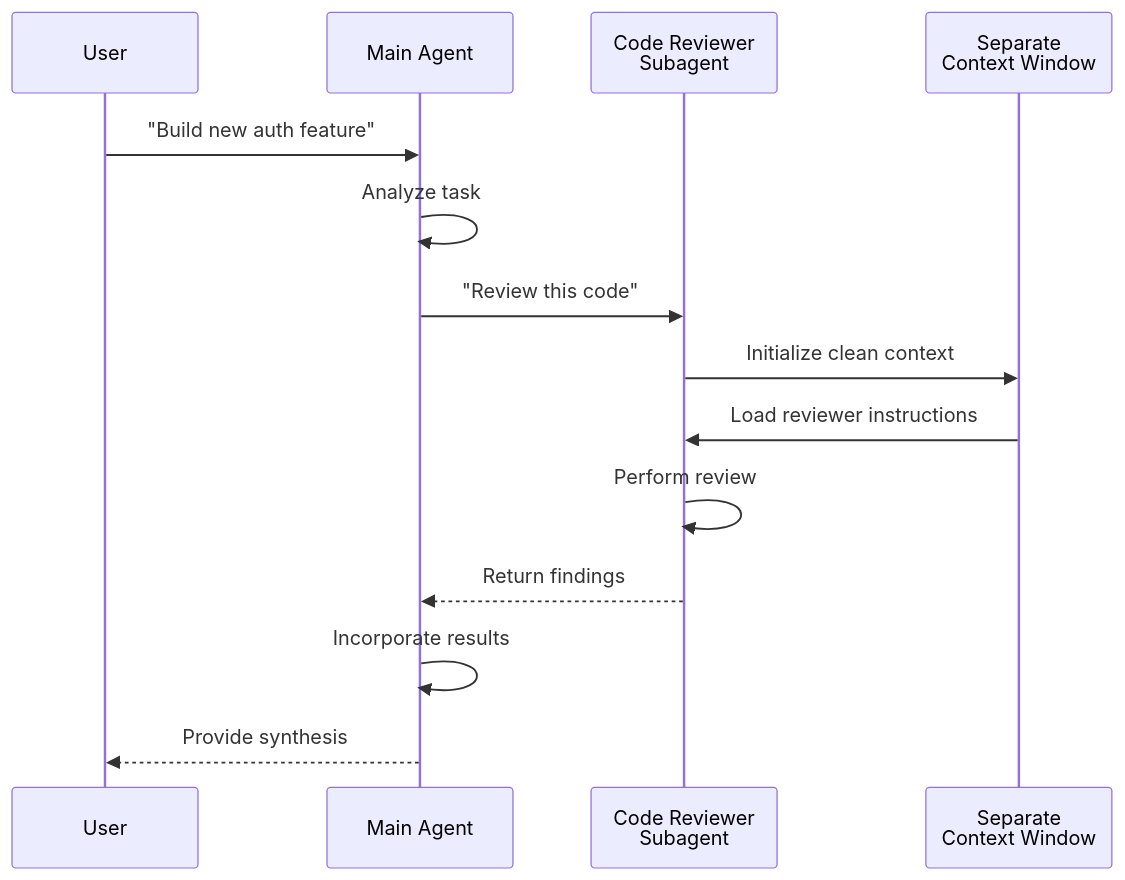
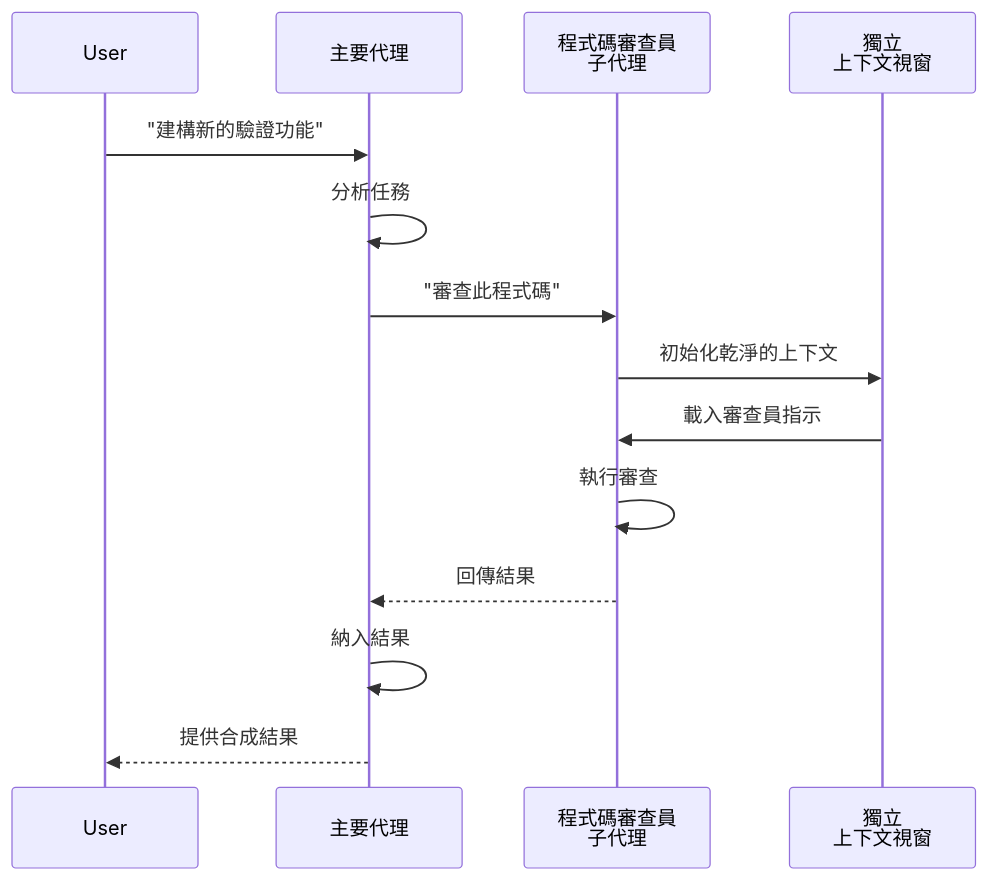
One commit to huckly/claude-howto-zh-tw changed the fifth of 7 diagrams in 04-subagents/README.md. Above: the diagram before and after it, drawn with Mermaid. The commit also changed other lines of this file and 9 other files, not shown here.

````diff
--- a/04-subagents/README.md
+++ b/04-subagents/README.md
@@ -768,17 +743,17 @@
 ```mermaid
 sequenceDiagram
     participant User
-    participant MainAgent as Main Agent
-    participant CodeReviewer as Code Reviewer<br/>Subagent
-    participant Context as Separate<br/>Context Window
+    participant MainAgent as 主要代理
+    participant CodeReviewer as 程式碼審查員<br/>子代理
+    participant Context as 獨立<br/>上下文視窗
 
-    User->>MainAgent: "Build new auth feature"
-    MainAgent->>MainAgent: Analyze task
-    MainAgent->>CodeReviewer: "Review this code"
-    CodeReviewer->>Context: Initialize clean context
-    Context->>CodeReviewer: Load reviewer instructions
-    CodeReviewer->>CodeReviewer: Perform review
-    CodeReviewer-->>MainAgent: Return findings
-    MainAgent->>MainAgent: Incorporate results
-    MainAgent-->>User: Provide synthesis
+    User->>MainAgent: "建構新的驗證功能"
+    MainAgent->>MainAgent: 分析任務
+    MainAgent->>CodeReviewer: "審查此程式碼"
+    CodeReviewer->>Context: 初始化乾淨的上下文
+    Context->>CodeReviewer: 載入審查員指示
+    CodeReviewer->>CodeReviewer: 執行審查
+    CodeReviewer-->>MainAgent: 回傳結果
+    MainAgent->>MainAgent: 納入結果
+    MainAgent-->>User: 提供合成結果
 ```
````
